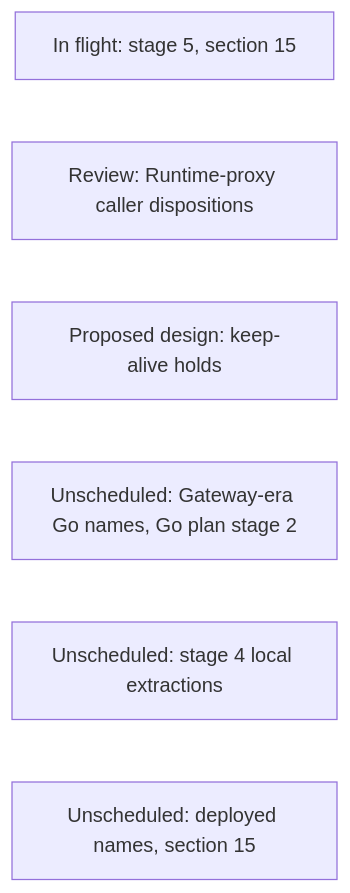
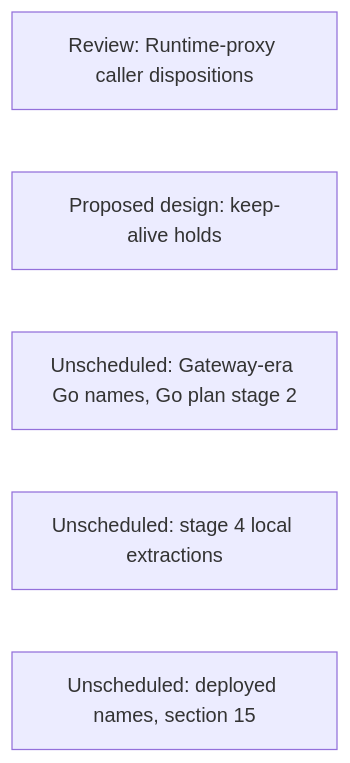
Diagram 20 of 20 in agentplane/plans/task_dag.md (agentydragon/ducktape), drawn with Mermaid before and after one commit. The commit also changed other lines of this file and 10 other files, not shown here.

````diff
--- a/agentplane/plans/task_dag.md
+++ b/agentplane/plans/task_dag.md
@@ -3882,9 +3815,8 @@
 ```mermaid
 flowchart LR
-    PRIVILEGED_BACKEND_AUTH_DESIGN[In flight: stage 5, section 15]
     RUNTIME_PROXY_CALLER_AUDIT[Review: Runtime-proxy caller dispositions]
     ENVIRONMENT_KEEP_ALIVE_HOLDS[Proposed design: keep-alive holds]
     GATEWAY_ERA_NAMES[Unscheduled: Gateway-era Go names, Go plan stage 2]
     GO_LOCAL_EXTRACTIONS[Unscheduled: stage 4 local extractions]
     RUNNER_GATEWAY_RENAME[Unscheduled: deployed names, section 15]
 ```
````
